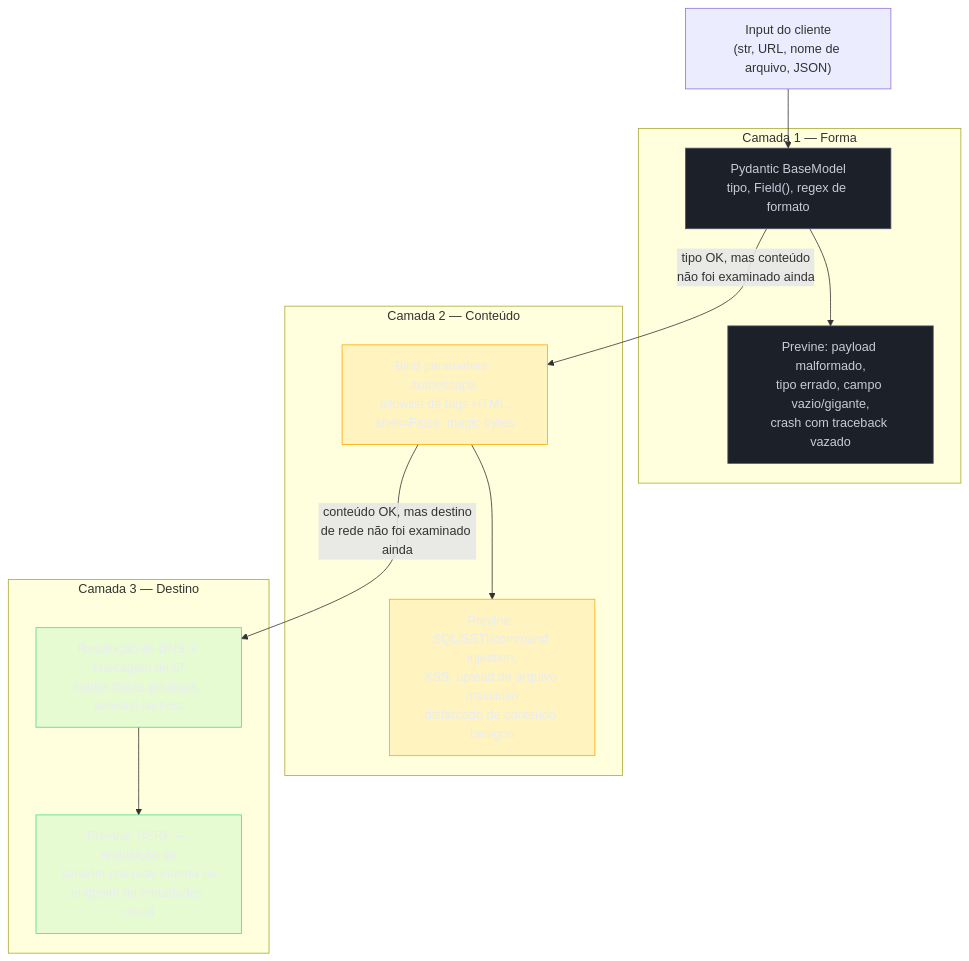
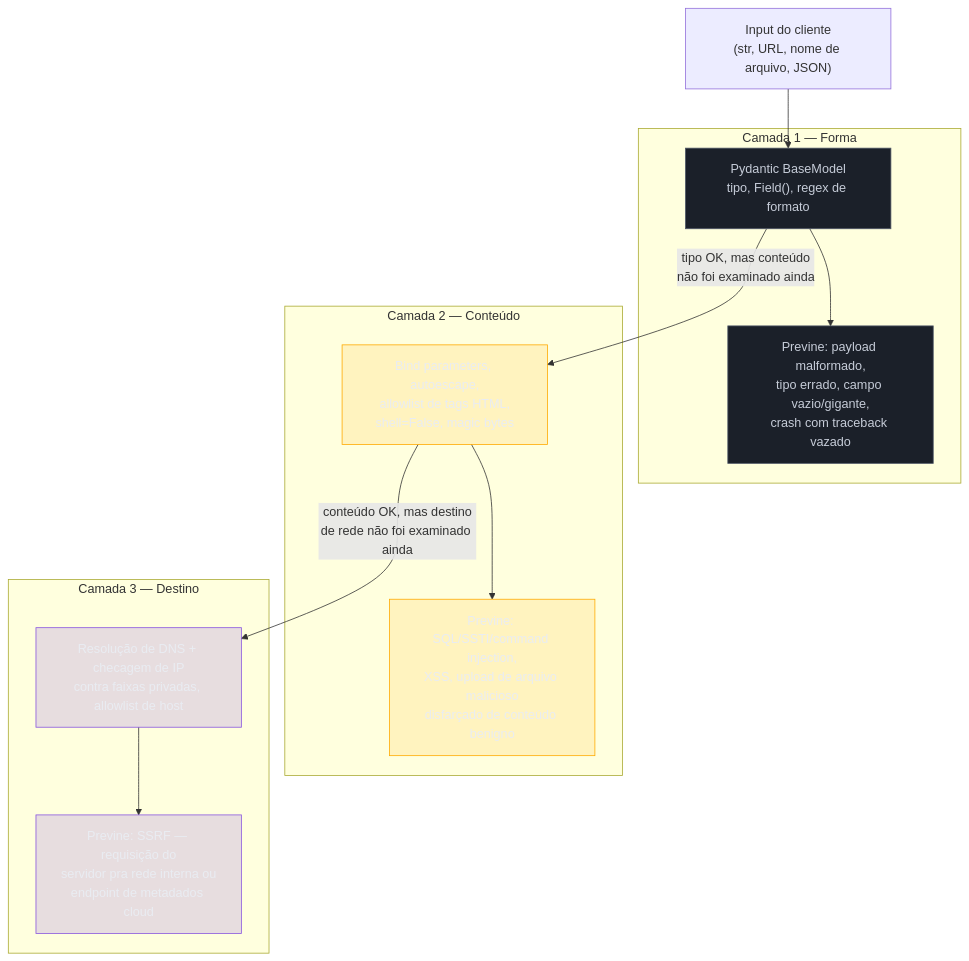
The diagram in 03-Dominios/Tecnologia/Python/Segurança/04 - Validação de input como controle de segurança.md (josenaldo/codex-technomanticus), drawn with Mermaid before and after one commit. The commit also changed 601 other files, not shown here.

````diff
--- a/03-Dominios/Tecnologia/Python/Segurança/04 - Validação de input como controle de segurança.md
+++ b/03-Dominios/Tecnologia/Python/Segurança/04 - Validação de input como controle de segurança.md
@@ -132,36 +132,36 @@
 ```mermaid
 flowchart TB
+    classDef marca fill:#8855DF33,stroke:#8855DF,color:#E9ECF2
     classDef neutro fill:#1B2029,stroke:#4E5666,color:#C6CCD8
     classDef destaque fill:#FFAA0024,stroke:#FFAA00,color:#E9ECF2
-    classDef ok fill:#4ADE8021,stroke:#4ADE80,color:#E9ECF2
     INPUT["Input do cliente\n(str, URL, nome de arquivo, JSON)"]
 
     subgraph L1["Camada 1 — Forma"]
         TIPO["Pydantic BaseModel\ntipo, Field(), regex de formato"]
         PREVINE1["Previne: payload malformado,\ntipo errado, campo vazio/gigante,\ncrash com traceback vazado"]
     end
 
     subgraph L2["Camada 2 — Conteúdo"]
         CONTEUDO["Bind parameters, autoescape,\nallowlist de tags HTML,\nshell=False, magic bytes"]
         PREVINE2["Previne: SQL/SSTI/command injection,\nXSS, upload de arquivo malicioso\ndisfarçado de conteúdo benigno"]
     end
 
     subgraph L3["Camada 3 — Destino"]
         DESTINO["Resolução de DNS + checagem de IP\ncontra faixas privadas, allowlist de host"]
         PREVINE3["Previne: SSRF — requisição do\nservidor pra rede interna ou\nendpoint de metadados cloud"]
     end
 
     INPUT --> TIPO
     TIPO --> PREVINE1
     TIPO -->|"tipo OK, mas conteúdo\nnão foi examinado ainda"| CONTEUDO
     CONTEUDO --> PREVINE2
     CONTEUDO -->|"conteúdo OK, mas destino\nde rede não foi examinado ainda"| DESTINO
     DESTINO --> PREVINE3
 
     class TIPO neutro
     class CONTEUDO destaque
-    class DESTINO ok
+    class DESTINO marca
     class PREVINE1 neutro
     class PREVINE2 destaque
-    class PREVINE3 ok
+    class PREVINE3 marca
 ```
````
